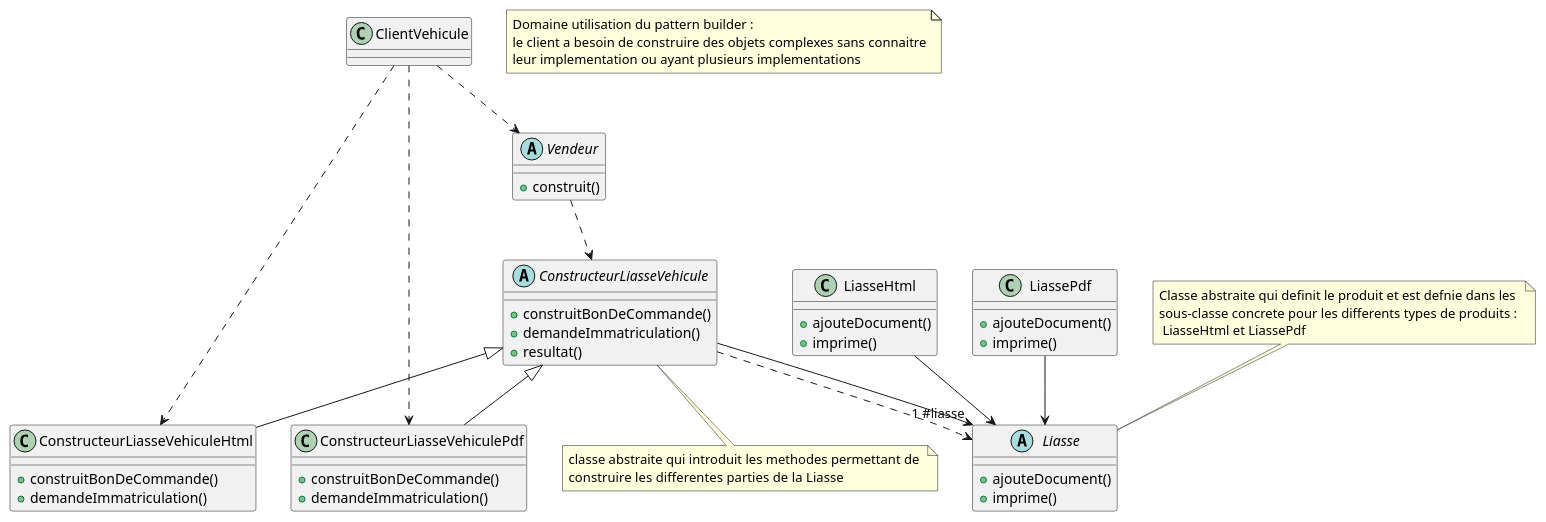
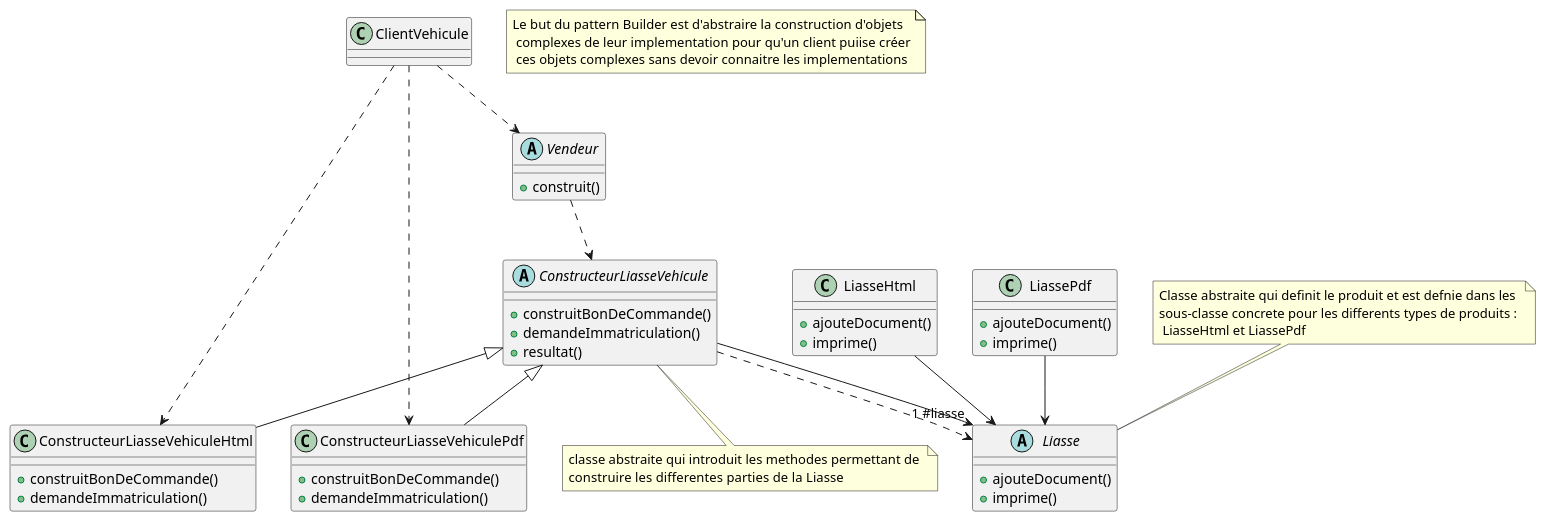
The diagram in src/main/java/Builder/Builder.puml (soffiane/java-design-patterns), drawn with PlantUML before and after one commit. The commit also changed 1 other file, not shown here.

```diff
--- a/src/main/java/Builder/Builder.puml
+++ b/src/main/java/Builder/Builder.puml
@@ -4,47 +4,47 @@
 @startuml
 abstract class Vendeur {
  +construit()
 }
 abstract ConstructeurLiasseVehicule {
 +construitBonDeCommande()
 +demandeImmatriculation()
 +resultat()
 }
 class ConstructeurLiasseVehiculeHtml{
 +construitBonDeCommande()
 +demandeImmatriculation()
 }
 class ConstructeurLiasseVehiculePdf{
 +construitBonDeCommande()
 +demandeImmatriculation()
 }
 abstract class Liasse{
 +ajouteDocument()
 +imprime()
 }
 class LiasseHtml{
 +ajouteDocument()
 +imprime()
 }
 class LiassePdf{
 +ajouteDocument()
 +imprime()
 }
 
 ClientVehicule ..> Vendeur
 ClientVehicule ..> ConstructeurLiasseVehiculeHtml
 ClientVehicule ..> ConstructeurLiasseVehiculePdf
 Vendeur ..> ConstructeurLiasseVehicule
 ConstructeurLiasseVehicule <|--  ConstructeurLiasseVehiculeHtml
 ConstructeurLiasseVehicule <|--  ConstructeurLiasseVehiculePdf
 ConstructeurLiasseVehicule ..> Liasse
 LiasseHtml --> Liasse
 LiassePdf --> Liasse
 ConstructeurLiasseVehicule --> "1 #liasse" Liasse
 
 note "classe abstraite qui introduit les methodes permettant de \nconstruire les  differentes parties de la Liasse" as N1
-note "Domaine utilisation du pattern builder :\nle client a besoin de construire des objets complexes sans connaitre\nleur implementation ou ayant plusieurs implementations" as N2
+note "Le but du pattern Builder est d'abstraire la construction d'objets \n complexes de leur implementation pour qu'un client puiise créer\n ces objets complexes sans devoir connaitre les implementations" as N2
 ConstructeurLiasseVehicule .. N1
 note "Classe abstraite qui definit le produit et est defnie dans les \nsous-classe concrete pour les differents types de produits : \n LiasseHtml et LiassePdf" as N3
 N3 .. Liasse
 @enduml
```
